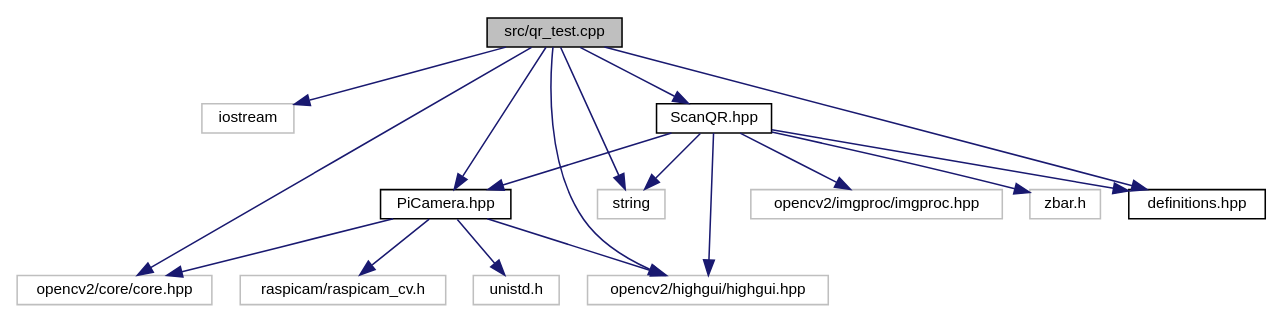
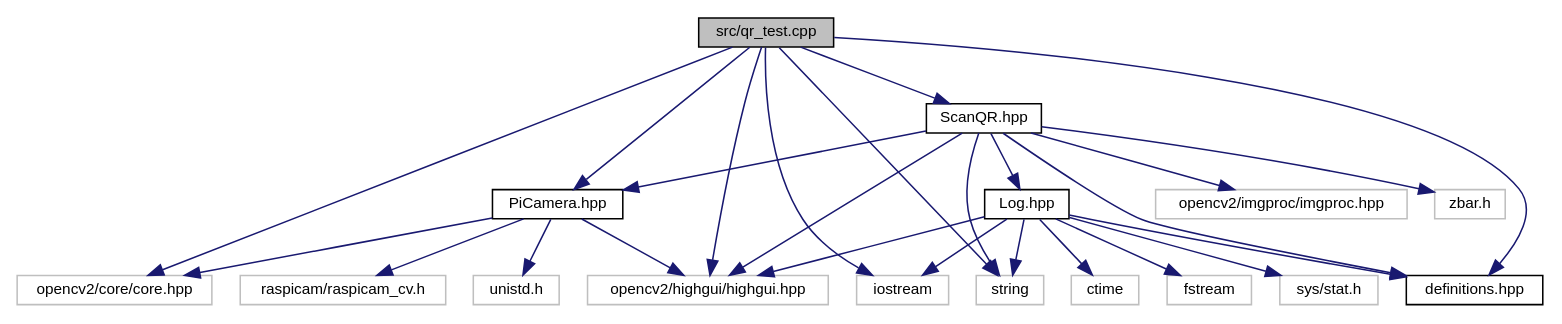
Before and after one commit to sawbg/chip-chip-array: the diagram in doc/rtf/qr__test_8cpp__incl.dot, drawn with Graphviz. The commit also changed 98 other files, not shown here.

```diff
--- a/doc/rtf/qr__test_8cpp__incl.dot
+++ b/doc/rtf/qr__test_8cpp__incl.dot
@@ -1,34 +1,46 @@
 digraph "src/qr_test.cpp"
 {
   edge [fontname="Helvetica",fontsize="10",labelfontname="Helvetica",labelfontsize="10"];
   node [fontname="Helvetica",fontsize="10",shape=record];
   Node1 [label="src/qr_test.cpp",height=0.2,width=0.4,color="black", fillcolor="grey75", style="filled", fontcolor="black"];
   Node1 -> Node2 [color="midnightblue",fontsize="10",style="solid",fontname="Helvetica"];
   Node2 [label="iostream",height=0.2,width=0.4,color="grey75", fillcolor="white", style="filled"];
   Node1 -> Node3 [color="midnightblue",fontsize="10",style="solid",fontname="Helvetica"];
   Node3 [label="opencv2/core/core.hpp",height=0.2,width=0.4,color="grey75", fillcolor="white", style="filled"];
   Node1 -> Node4 [color="midnightblue",fontsize="10",style="solid",fontname="Helvetica"];
   Node4 [label="opencv2/highgui/highgui.hpp",height=0.2,width=0.4,color="grey75", fillcolor="white", style="filled"];
   Node1 -> Node5 [color="midnightblue",fontsize="10",style="solid",fontname="Helvetica"];
   Node5 [label="string",height=0.2,width=0.4,color="grey75", fillcolor="white", style="filled"];
   Node1 -> Node6 [color="midnightblue",fontsize="10",style="solid",fontname="Helvetica"];
   Node6 [label="definitions.hpp",height=0.2,width=0.4,color="black", fillcolor="white", style="filled",URL="$definitions_8hpp.html"];
   Node1 -> Node7 [color="midnightblue",fontsize="10",style="solid",fontname="Helvetica"];
   Node7 [label="PiCamera.hpp",height=0.2,width=0.4,color="black", fillcolor="white", style="filled",URL="$PiCamera_8hpp.html"];
   Node7 -> Node3 [color="midnightblue",fontsize="10",style="solid",fontname="Helvetica"];
   Node7 -> Node4 [color="midnightblue",fontsize="10",style="solid",fontname="Helvetica"];
   Node7 -> Node8 [color="midnightblue",fontsize="10",style="solid",fontname="Helvetica"];
   Node8 [label="raspicam/raspicam_cv.h",height=0.2,width=0.4,color="grey75", fillcolor="white", style="filled"];
   Node7 -> Node9 [color="midnightblue",fontsize="10",style="solid",fontname="Helvetica"];
   Node9 [label="unistd.h",height=0.2,width=0.4,color="grey75", fillcolor="white", style="filled"];
   Node1 -> Node10 [color="midnightblue",fontsize="10",style="solid",fontname="Helvetica"];
   Node10 [label="ScanQR.hpp",height=0.2,width=0.4,color="black", fillcolor="white", style="filled",URL="$ScanQR_8hpp.html"];
   Node10 -> Node5 [color="midnightblue",fontsize="10",style="solid",fontname="Helvetica"];
   Node10 -> Node4 [color="midnightblue",fontsize="10",style="solid",fontname="Helvetica"];
   Node10 -> Node11 [color="midnightblue",fontsize="10",style="solid",fontname="Helvetica"];
   Node11 [label="opencv2/imgproc/imgproc.hpp",height=0.2,width=0.4,color="grey75", fillcolor="white", style="filled"];
   Node10 -> Node12 [color="midnightblue",fontsize="10",style="solid",fontname="Helvetica"];
   Node12 [label="zbar.h",height=0.2,width=0.4,color="grey75", fillcolor="white", style="filled"];
   Node10 -> Node6 [color="midnightblue",fontsize="10",style="solid",fontname="Helvetica"];
+  Node10 -> Node13 [color="midnightblue",fontsize="10",style="solid",fontname="Helvetica"];
+  Node13 [label="Log.hpp",height=0.2,width=0.4,color="black", fillcolor="white", style="filled",URL="$Log_8hpp.html"];
+  Node13 -> Node14 [color="midnightblue",fontsize="10",style="solid",fontname="Helvetica"];
+  Node14 [label="ctime",height=0.2,width=0.4,color="grey75", fillcolor="white", style="filled"];
+  Node13 -> Node15 [color="midnightblue",fontsize="10",style="solid",fontname="Helvetica"];
+  Node15 [label="fstream",height=0.2,width=0.4,color="grey75", fillcolor="white", style="filled"];
+  Node13 -> Node2 [color="midnightblue",fontsize="10",style="solid",fontname="Helvetica"];
+  Node13 -> Node4 [color="midnightblue",fontsize="10",style="solid",fontname="Helvetica"];
+  Node13 -> Node5 [color="midnightblue",fontsize="10",style="solid",fontname="Helvetica"];
+  Node13 -> Node16 [color="midnightblue",fontsize="10",style="solid",fontname="Helvetica"];
+  Node16 [label="sys/stat.h",height=0.2,width=0.4,color="grey75", fillcolor="white", style="filled"];
+  Node13 -> Node6 [color="midnightblue",fontsize="10",style="solid",fontname="Helvetica"];
   Node10 -> Node7 [color="midnightblue",fontsize="10",style="solid",fontname="Helvetica"];
 }
```
